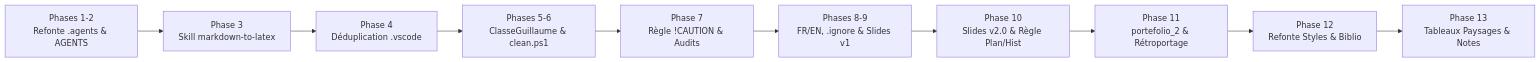
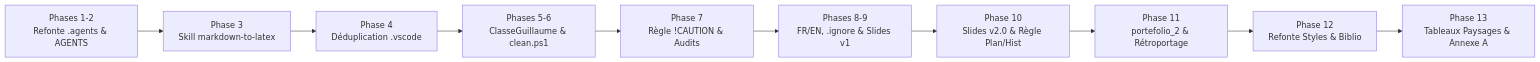
Before and after one commit to GuillaumeWnt/latex: the diagram in docs/historique.md, drawn with Mermaid. The commit also changed other lines of this file and 6 other files, not shown here.

````diff
--- a/docs/historique.md
+++ b/docs/historique.md
@@ -5,12 +5,12 @@
 ```mermaid
 flowchart LR
   P1["Phases 1-2<br/>Refonte .agents & AGENTS"] --> P3["Phase 3<br/>Skill markdown-to-latex"]
   P3 --> P4["Phase 4<br/>Déduplication .vscode"]
   P4 --> P56["Phases 5-6<br/>ClasseGuillaume & clean.ps1"]
   P56 --> P7["Phase 7<br/>Règle !CAUTION & Audits"]
   P7 --> P89["Phases 8-9<br/>FR/EN, .ignore & Slides v1"]
   P89 --> P10["Phase 10<br/>Slides v2.0 & Règle Plan/Hist"]
   P10 --> P11["Phase 11<br/>portefolio_2 & Rétroportage"]
   P11 --> P12["Phase 12<br/>Refonte Styles & Biblio"]
-  P12 --> P13["Phase 13<br/>Tableaux Paysages & Notes"]
+  P12 --> P13["Phase 13<br/>Tableaux Paysages & Annexe A"]
 ```
````
